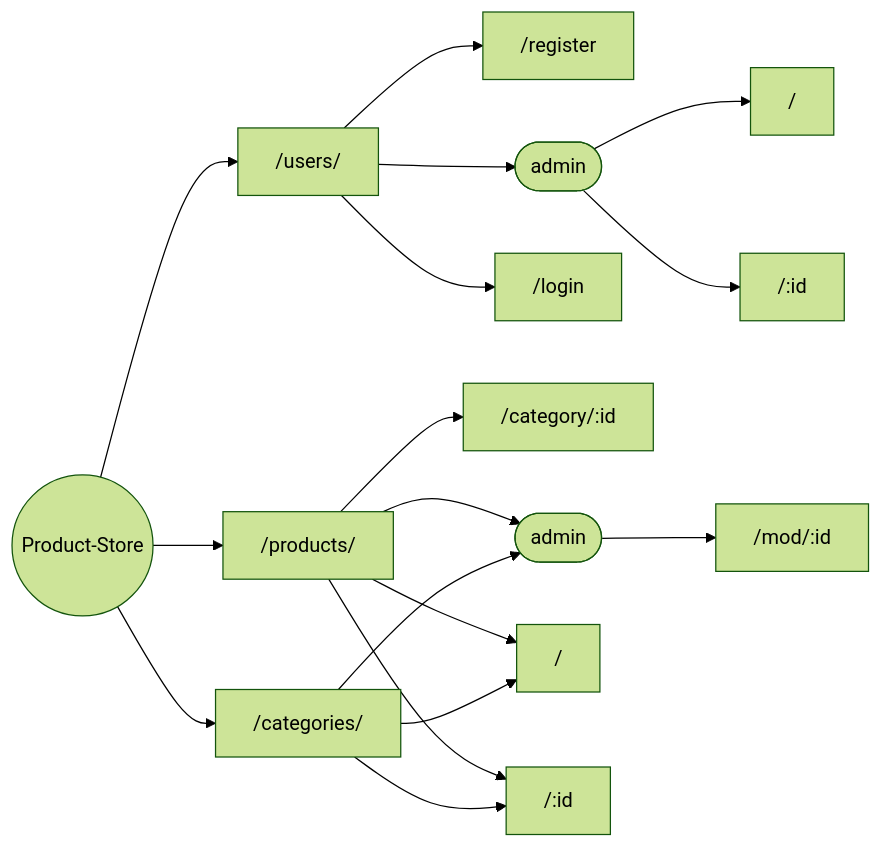
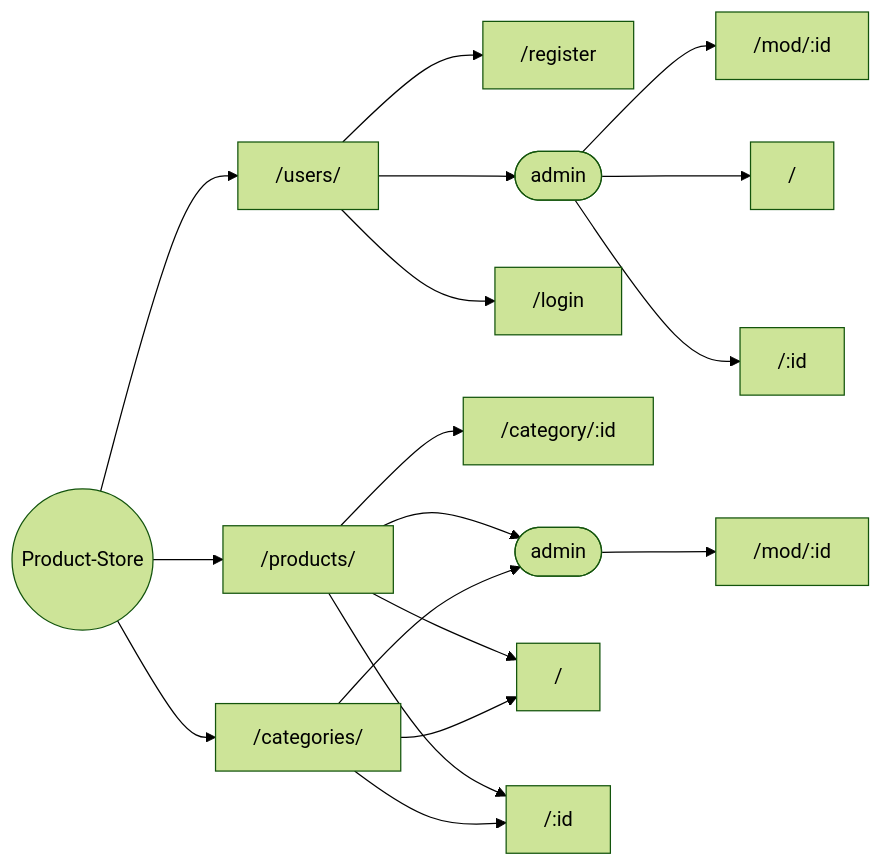
The diagram in README.md (Keith50112e5/product-manager-frontend), drawn with Mermaid (forest theme) before and after one commit. The commit also changed 54 other files, not shown here.

````diff
--- a/README.md
+++ b/README.md
@@ -31,24 +31,25 @@
 ```mermaid
 graph LR;
 
 store((Product-Store))
 store-->users[ /users/]
 store-->products[ /products/]
 store-->categories[ /categories/]
 
 users-->/register
 users-->admin([admin])
+admin-->umod[ /mod/:id]
 admin-->ulist[ /]
 admin-->user[ /:id]
 users-->/login
 
 products-->/category/:id
 products-->admin2([admin])
 admin2-->/mod/:id
 products-->/
 products-->/:id
 
 categories-->admin2
 categories-->/
 categories-->/:id
 ```
````
